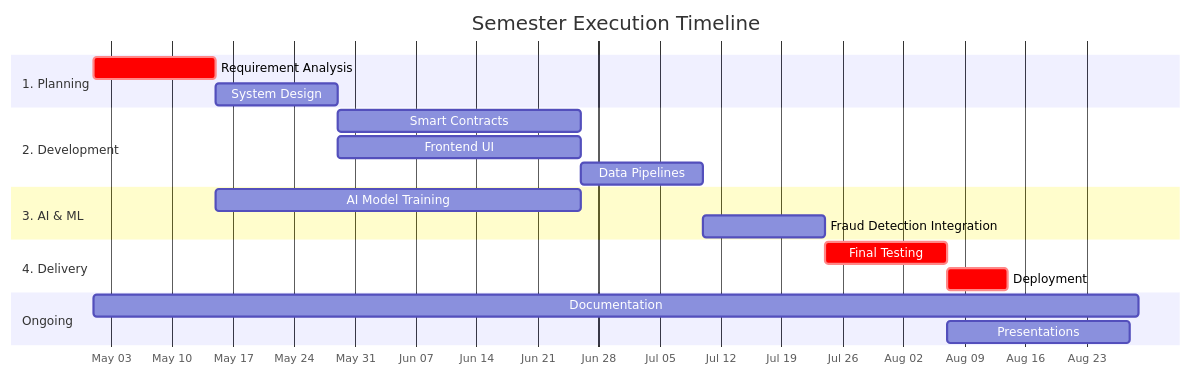
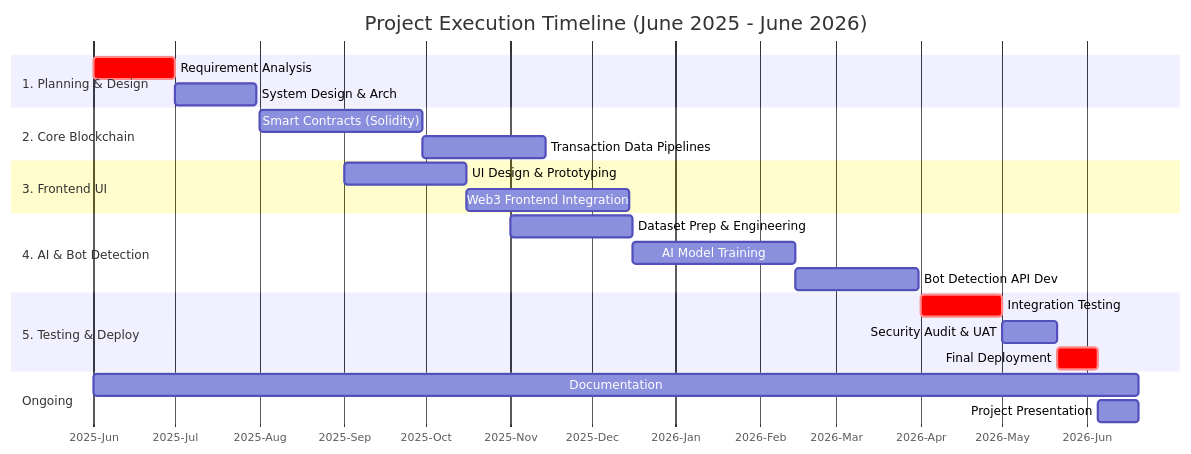
One commit to Sayyed23/Rexell changed the second of 2 diagrams in project_schedule.md. Above: the diagram before and after it, drawn with Mermaid. The commit also changed other lines of this file, not shown here.

Commit message:
docs: extend project schedule timeline to 2026 and update gantt chart tasks

````diff
--- a/project_schedule.md
+++ b/project_schedule.md
@@ -53,27 +53,32 @@
 ```mermaid
 gantt
-    title Semester Execution Timeline
+    title Project Execution Timeline (June 2025 - June 2026)
     dateFormat  YYYY-MM-DD
-    axisFormat  %b %d
+    axisFormat  %Y-%b
     
-    section 1. Planning
-    Requirement Analysis       :crit, a1, 2026-05-01, 14d
-    System Design              :a2, after a1, 14d
+    section 1. Planning & Design
+    Requirement Analysis       :crit, a1, 2025-06-01, 30d
+    System Design & Arch       :a2, after a1, 30d
 
-    section 2. Development
-    Smart Contracts            :a3, after a2, 28d
-    Frontend UI                :a4, after a2, 28d
-    Data Pipelines             :a5, after a3, 14d
+    section 2. Core Blockchain
+    Smart Contracts (Solidity) :a3, 2025-08-01, 60d
+    Transaction Data Pipelines :a4, after a3, 45d
 
-    section 3. AI & ML
-    AI Model Training          :a6, 2026-05-15, 42d
-    Fraud Detection Integration:a7, after a5, 14d
+    section 3. Frontend UI
+    UI Design & Prototyping    :a5, 2025-09-01, 45d
+    Web3 Frontend Integration  :a6, after a5, 60d
 
-    section 4. Delivery
-    Final Testing              :crit, a8, after a7, 14d
-    Deployment                 :crit, a9, after a8, 7d
+    section 4. AI & Bot Detection
+    Dataset Prep & Engineering :a7, 2025-11-01, 45d
+    AI Model Training          :a8, after a7, 60d
+    Bot Detection API Dev      :a9, after a8, 45d
+    
+    section 5. Testing & Deploy
+    Integration Testing        :crit, a10, 2026-04-01, 30d
+    Security Audit & UAT       :a11, after a10, 20d
+    Final Deployment           :crit, a12, 2026-05-21, 15d
 
     section Ongoing
-    Documentation              :a10, 2026-05-01, 120d
-    Presentations              :a11, after a8, 21d
+    Documentation              :a13, 2025-06-01, 384d
+    Project Presentation       :a14, 2026-06-05, 15d
 ```
````
